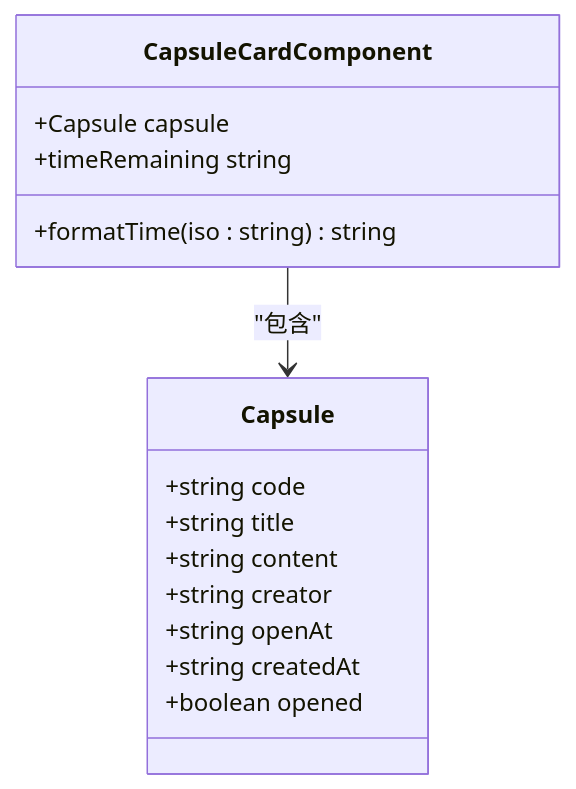
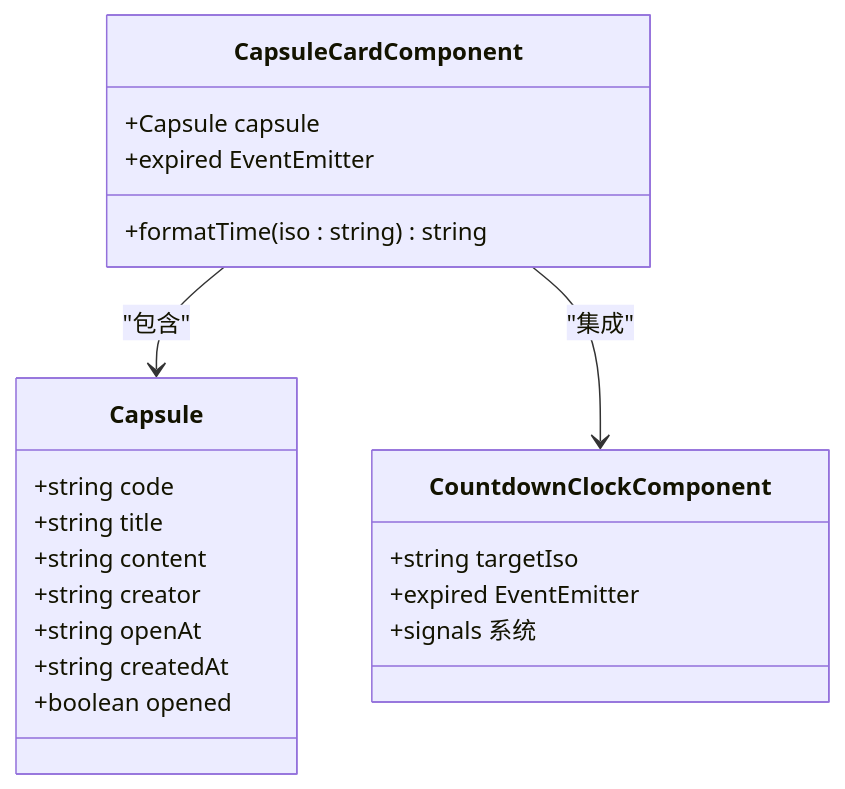
Before and after one commit to alexy2008/TimeCapsule: the seventh of 15 diagrams in .qoder/repowiki/zh/content/前端实现详解/Vue 3 实现/组件系统设计/CapsuleCard 胶囊卡片组件.md, drawn with Mermaid. The commit also changed other lines of this file and 22 other files, not shown here.

````diff
--- a/.qoder/repowiki/zh/content/前端实现详解/Vue 3 实现/组件系统设计/CapsuleCard 胶囊卡片组件.md
+++ b/.qoder/repowiki/zh/content/前端实现详解/Vue 3 实现/组件系统设计/CapsuleCard 胶囊卡片组件.md
@@ -254,18 +303,24 @@
 ```mermaid
 classDiagram
 class CapsuleCardComponent {
 +Capsule capsule
 +formatTime(iso : string) string
-+timeRemaining string
++expired EventEmitter
 }
 class Capsule {
 +string code
 +string title
 +string content
 +string creator
 +string openAt
 +string createdAt
 +boolean opened
 }
+class CountdownClockComponent {
++string targetIso
++expired EventEmitter
++signals 系统
+}
 CapsuleCardComponent --> Capsule : "包含"
+CapsuleCardComponent --> CountdownClockComponent : "集成"
 ```
````
